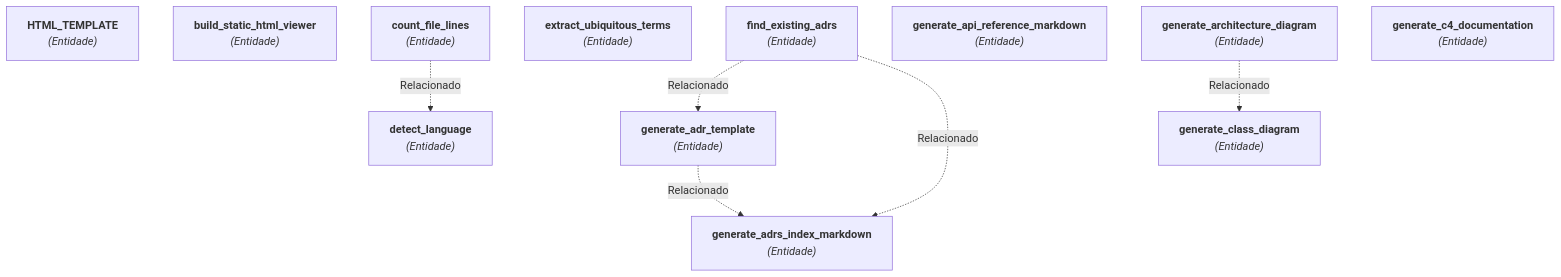
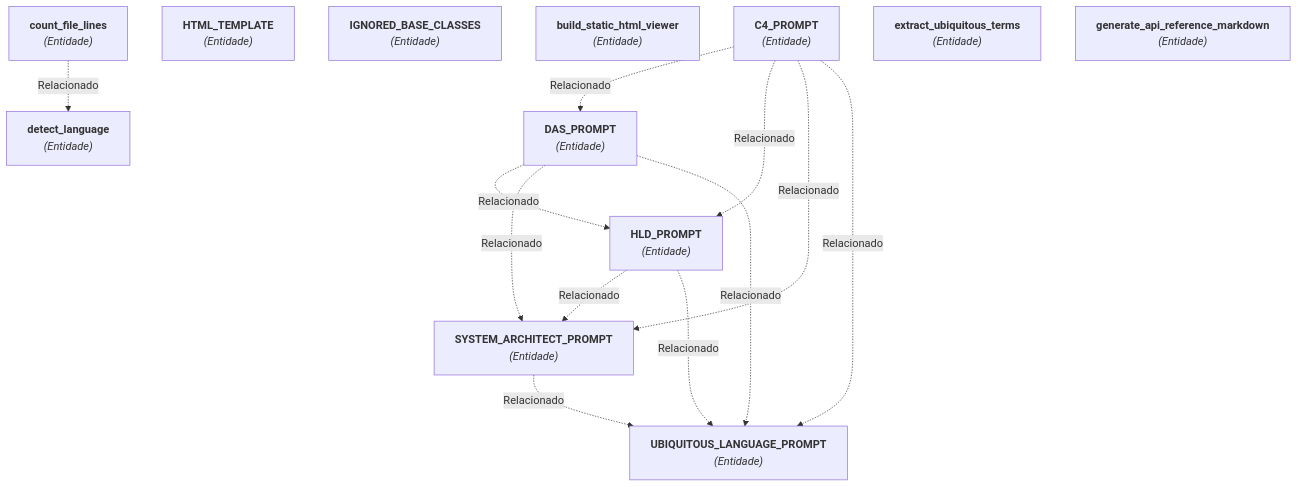
Before and after one commit to marcoswferreira/doc-gen: the diagram in docs/UBIQUITOUS_LANGUAGE.md, drawn with Mermaid. The commit also changed other lines of this file and 32 other files, not shown here.

````diff
--- a/docs/UBIQUITOUS_LANGUAGE.md
+++ b/docs/UBIQUITOUS_LANGUAGE.md
@@ -11,20 +11,26 @@
 ```mermaid
 graph TD
+    C4_PROMPT["<b>C4_PROMPT</b><br/><i>(Entidade)</i>"]
+    DAS_PROMPT["<b>DAS_PROMPT</b><br/><i>(Entidade)</i>"]
+    HLD_PROMPT["<b>HLD_PROMPT</b><br/><i>(Entidade)</i>"]
     HTML_TEMPLATE["<b>HTML_TEMPLATE</b><br/><i>(Entidade)</i>"]
+    IGNORED_BASE_CLASSES["<b>IGNORED_BASE_CLASSES</b><br/><i>(Entidade)</i>"]
+    SYSTEM_ARCHITECT_PROMPT["<b>SYSTEM_ARCHITECT_PROMPT</b><br/><i>(Entidade)</i>"]
+    UBIQUITOUS_LANGUAGE_PROMPT["<b>UBIQUITOUS_LANGUAGE_PROMPT</b><br/><i>(Entidade)</i>"]
     build_static_html_viewer["<b>build_static_html_viewer</b><br/><i>(Entidade)</i>"]
     count_file_lines["<b>count_file_lines</b><br/><i>(Entidade)</i>"]
     detect_language["<b>detect_language</b><br/><i>(Entidade)</i>"]
     extract_ubiquitous_terms["<b>extract_ubiquitous_terms</b><br/><i>(Entidade)</i>"]
-    find_existing_adrs["<b>find_existing_adrs</b><br/><i>(Entidade)</i>"]
-    generate_adr_template["<b>generate_adr_template</b><br/><i>(Entidade)</i>"]
-    generate_adrs_index_markdown["<b>generate_adrs_index_markdown</b><br/><i>(Entidade)</i>"]
     generate_api_reference_markdown["<b>generate_api_reference_markdown</b><br/><i>(Entidade)</i>"]
-    generate_architecture_diagram["<b>generate_architecture_diagram</b><br/><i>(Entidade)</i>"]
-    generate_c4_documentation["<b>generate_c4_documentation</b><br/><i>(Entidade)</i>"]
-    generate_class_diagram["<b>generate_class_diagram</b><br/><i>(Entidade)</i>"]
+    C4_PROMPT -.->|Relacionado| DAS_PROMPT
+    C4_PROMPT -.->|Relacionado| HLD_PROMPT
+    C4_PROMPT -.->|Relacionado| SYSTEM_ARCHITECT_PROMPT
+    C4_PROMPT -.->|Relacionado| UBIQUITOUS_LANGUAGE_PROMPT
+    DAS_PROMPT -.->|Relacionado| HLD_PROMPT
+    DAS_PROMPT -.->|Relacionado| SYSTEM_ARCHITECT_PROMPT
+    DAS_PROMPT -.->|Relacionado| UBIQUITOUS_LANGUAGE_PROMPT
+    HLD_PROMPT -.->|Relacionado| SYSTEM_ARCHITECT_PROMPT
+    HLD_PROMPT -.->|Relacionado| UBIQUITOUS_LANGUAGE_PROMPT
+    SYSTEM_ARCHITECT_PROMPT -.->|Relacionado| UBIQUITOUS_LANGUAGE_PROMPT
     count_file_lines -.->|Relacionado| detect_language
-    find_existing_adrs -.->|Relacionado| generate_adr_template
-    find_existing_adrs -.->|Relacionado| generate_adrs_index_markdown
-    generate_adr_template -.->|Relacionado| generate_adrs_index_markdown
-    generate_architecture_diagram -.->|Relacionado| generate_class_diagram
 ```
````
